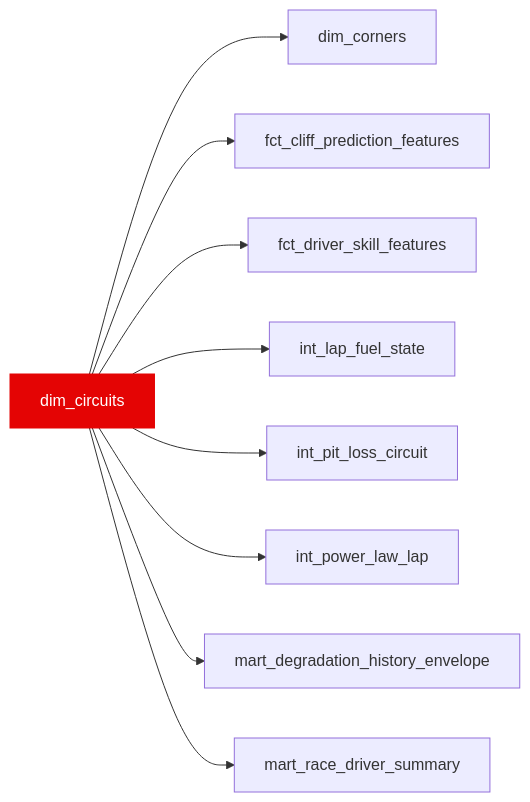
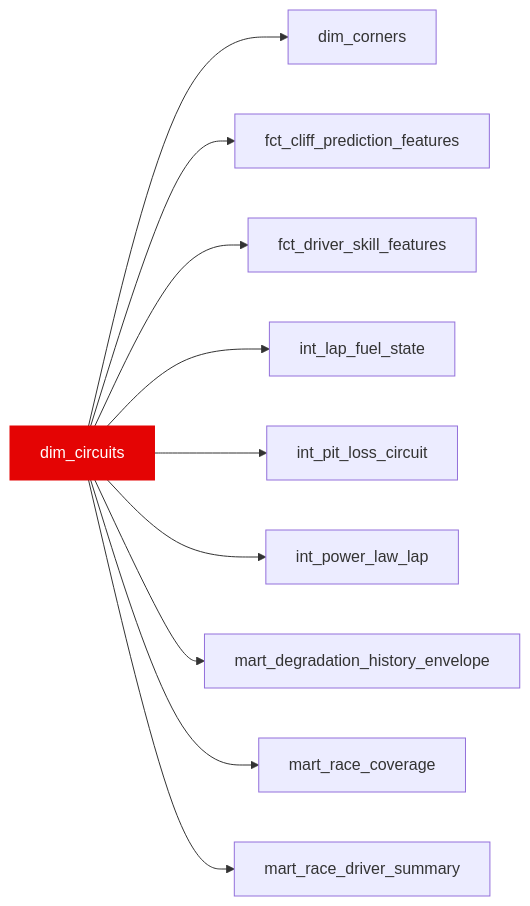
Before and after one commit to JustinClarke/off-the-pace: the diagram in docs/reference/models/dim/dim_circuits.mdx, drawn with Mermaid. The commit also changed other lines of this file and 286 other files, not shown here.

````diff
--- a/docs/reference/models/dim/dim_circuits.mdx
+++ b/docs/reference/models/dim/dim_circuits.mdx
@@ -15,12 +15,13 @@
 ```mermaid
 flowchart LR
   dim_circuits --> dim_corners
   dim_circuits --> fct_cliff_prediction_features
   dim_circuits --> fct_driver_skill_features
   dim_circuits --> int_lap_fuel_state
   dim_circuits --> int_pit_loss_circuit
   dim_circuits --> int_power_law_lap
   dim_circuits --> mart_degradation_history_envelope
+  dim_circuits --> mart_race_coverage
   dim_circuits --> mart_race_driver_summary
   style dim_circuits fill:#e40404,stroke:#e40404,color:#fff
 ```
````
